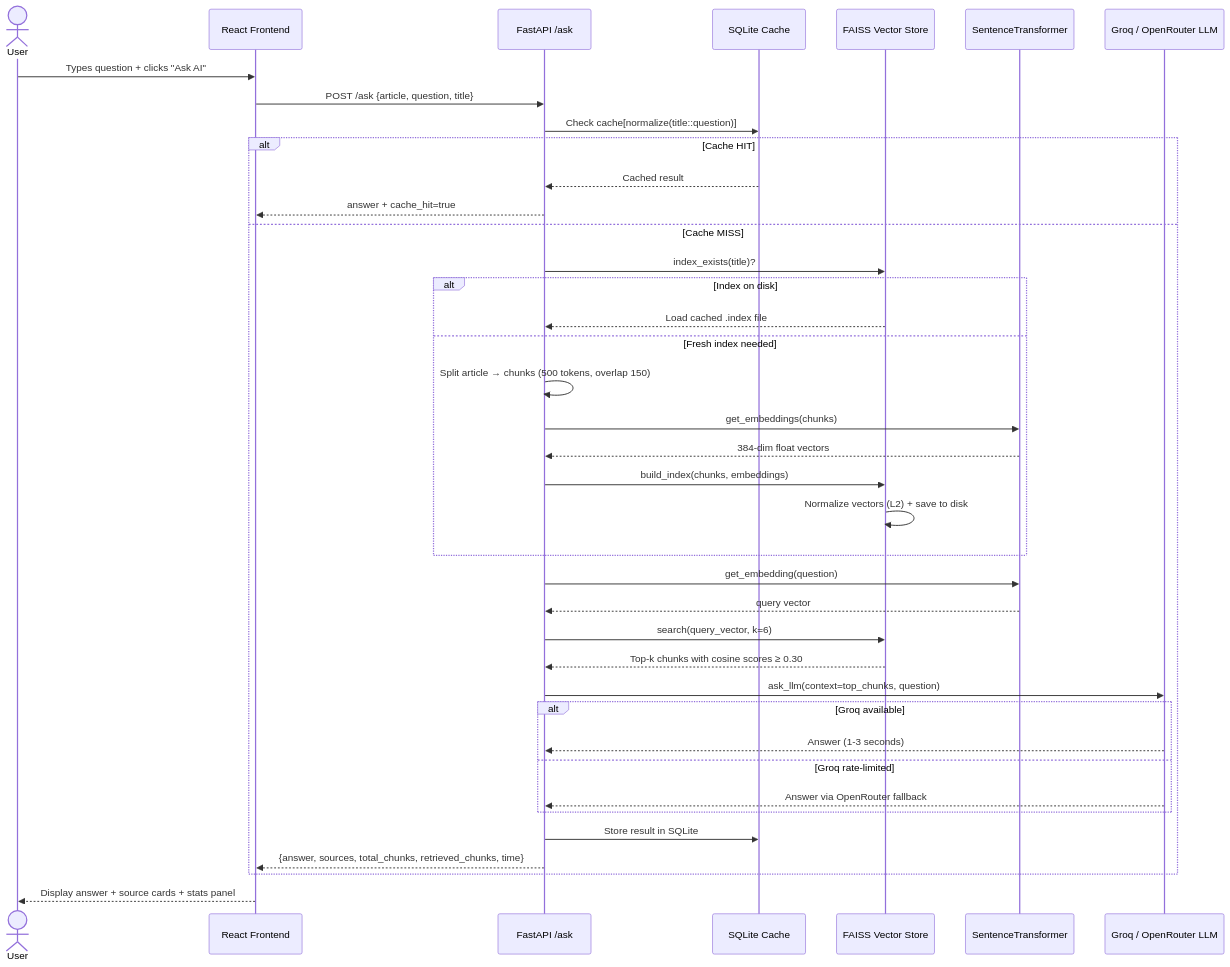
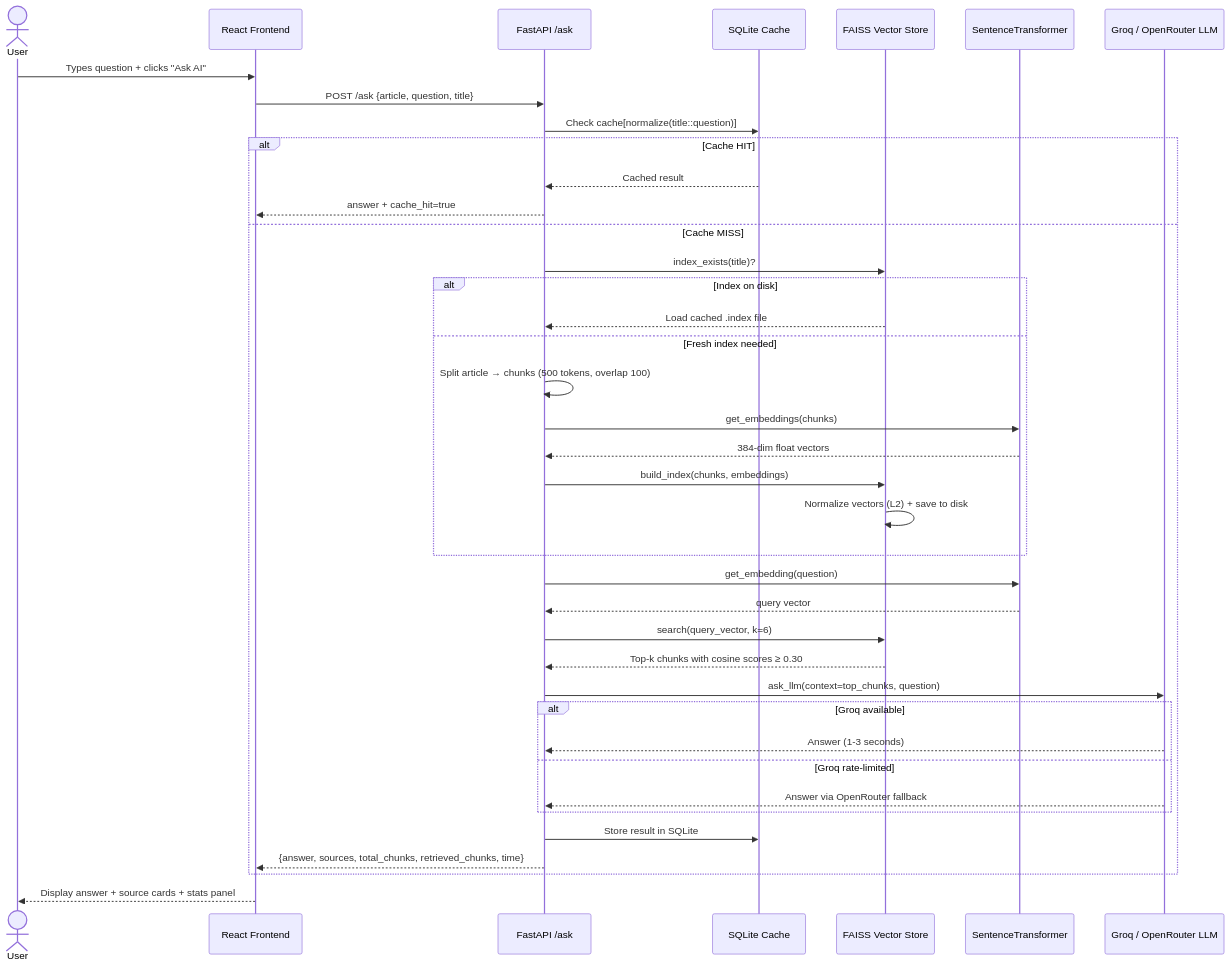
The second of 2 diagrams in README.md (sarthak102005/ai-wikipedia-rag), drawn with Mermaid before and after one commit. The commit also changed other lines of this file and 20 other files, not shown here.

````diff
--- a/README.md
+++ b/README.md
@@ -164,42 +155,42 @@
 ```mermaid
 sequenceDiagram
     actor User
     participant React as React Frontend
     participant FastAPI as FastAPI /ask
     participant Cache as SQLite Cache
     participant FAISS as FAISS Vector Store
     participant Embed as SentenceTransformer
     participant LLM as Groq / OpenRouter LLM
 
     User->>React: Types question + clicks "Ask AI"
     React->>FastAPI: POST /ask {article, question, title}
     FastAPI->>Cache: Check cache[normalize(title::question)]
     alt Cache HIT
         Cache-->>FastAPI: Cached result
         FastAPI-->>React: answer + cache_hit=true
     else Cache MISS
         FastAPI->>FAISS: index_exists(title)?
         alt Index on disk
             FAISS-->>FastAPI: Load cached .index file
         else Fresh index needed
-            FastAPI->>FastAPI: Split article → chunks (500 tokens, overlap 150)
+            FastAPI->>FastAPI: Split article → chunks (500 tokens, overlap 100)
             FastAPI->>Embed: get_embeddings(chunks)
             Embed-->>FastAPI: 384-dim float vectors
             FastAPI->>FAISS: build_index(chunks, embeddings)
             FAISS->>FAISS: Normalize vectors (L2) + save to disk
         end
         FastAPI->>Embed: get_embedding(question)
         Embed-->>FastAPI: query vector
         FastAPI->>FAISS: search(query_vector, k=6)
         FAISS-->>FastAPI: Top-k chunks with cosine scores ≥ 0.30
         FastAPI->>LLM: ask_llm(context=top_chunks, question)
         alt Groq available
             LLM-->>FastAPI: Answer (1-3 seconds)
         else Groq rate-limited
             LLM-->>FastAPI: Answer via OpenRouter fallback
         end
         FastAPI->>Cache: Store result in SQLite
         FastAPI-->>React: {answer, sources, total_chunks, retrieved_chunks, time}
     end
     React-->>User: Display answer + source cards + stats panel
 ```
````
